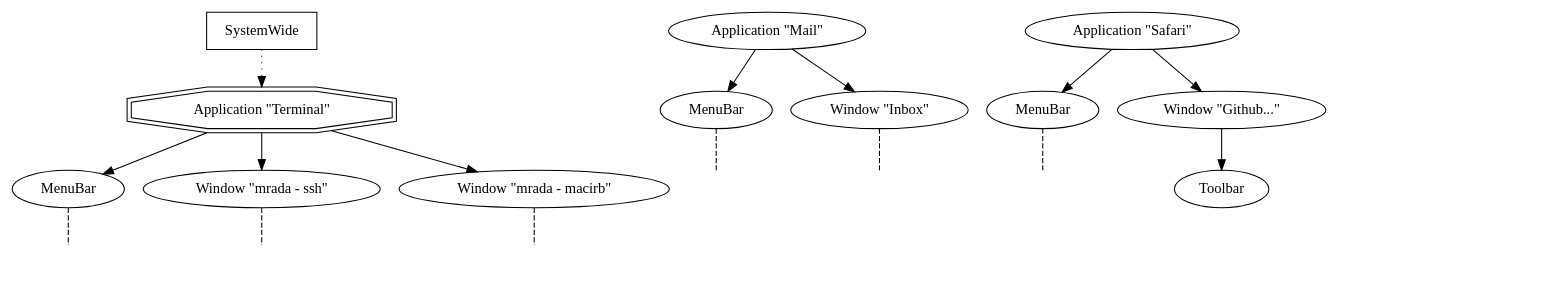
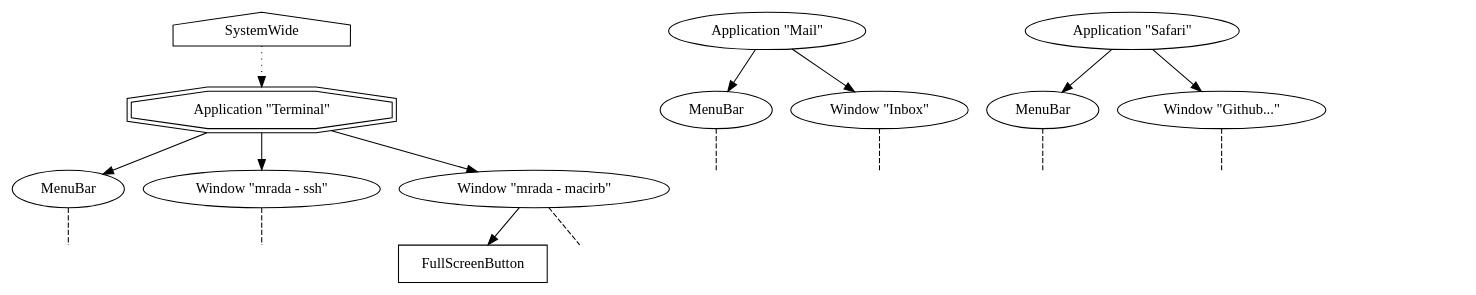
Before and after one commit to AXElements/axelements.github.com: the diagram in images/system.dot, drawn with Graphviz. The commit also changed 1 other file, not shown here.

Commit message:
Make the system image more usable

```diff
--- a/images/system.dot
+++ b/images/system.dot
@@ -1,50 +1,52 @@
 digraph {
   graph [packmode = clust]
 
-  SystemWide   [label = "SystemWide"] [shape = box]
-  Mail         [label = "Application \"Mail\""]
-  Safari       [label = "Application \"Safari\""]
+  SystemWide   [label = "SystemWide"] [shape = house]
+  Mail         [label = "Application \"Mail\""] [shape = oval]
+  Safari       [label = "Application \"Safari\""] [shape = oval]
   Terminal     [label = "Application \"Terminal\""] [shape = doubleoctagon]
   
-  MMenuBar    [label = "MenuBar"]
-  SMenuBar    [label = "MenuBar"]
-  TMenuBar    [label = "MenuBar"]
+  MMenuBar    [label = "MenuBar"] [shape = oval]
+  SMenuBar    [label = "MenuBar"] [shape = oval]
+  TMenuBar    [label = "MenuBar"] [shape = oval]
 
-  MWindow  [label = "Window \"Inbox\""]
-  TWindow  [label = "Window \"mrada - ssh\""]
-  TWindow2 [label = "Window \"mrada - macirb\""]
-  SWindow  [label = "Window \"Github...\""]
+  MWindow  [label = "Window \"Inbox\""] [shape = oval]
+  TWindow  [label = "Window \"mrada - ssh\""] [shape = oval]
+  TWindow2 [label = "Window \"mrada - macirb\""] [shape = oval]
+  SWindow  [label = "Window \"Github...\""] [shape = oval]
 
-  Toolbar [label = "Toolbar"]
+  Button [label = "FullScreenButton"] [shape = box]
   
   E1 [shape = none] [label = ""]
   E2 [shape = none] [label = ""]
   E3 [shape = none] [label = ""]
   E4 [shape = none] [label = ""]
   E5 [shape = none] [label = ""]
   E6 [shape = none] [label = ""]
   E7 [shape = none] [label = ""]
   E8 [shape = none] [label = ""]
   E9 [shape = none] [label = ""]
   E0 [shape = none] [label = ""]
 
   Mail -> MMenuBar
   Safari -> SMenuBar
   Terminal -> TMenuBar
 
   MMenuBar -> E1 [style = dashed] [arrowhead = none]
   SMenuBar -> E2 [style = dashed] [arrowhead = none]
   TMenuBar -> E3 [style = dashed] [arrowhead = none]
 
   Mail -> MWindow
   Safari -> SWindow
   Terminal -> TWindow
   Terminal -> TWindow2
 
   MWindow -> E4 [style = dashed] [arrowhead = none]
-  SWindow -> Toolbar
+  SWindow -> E7 [style = dashed] [arrowhead = none]
   TWindow -> E5 [style = dashed] [arrowhead = none]
   TWindow2 -> E6 [style = dashed] [arrowhead = none]
 
+  TWindow2 -> Button
+
   SystemWide -> Terminal [style = dotted]
 }
```
